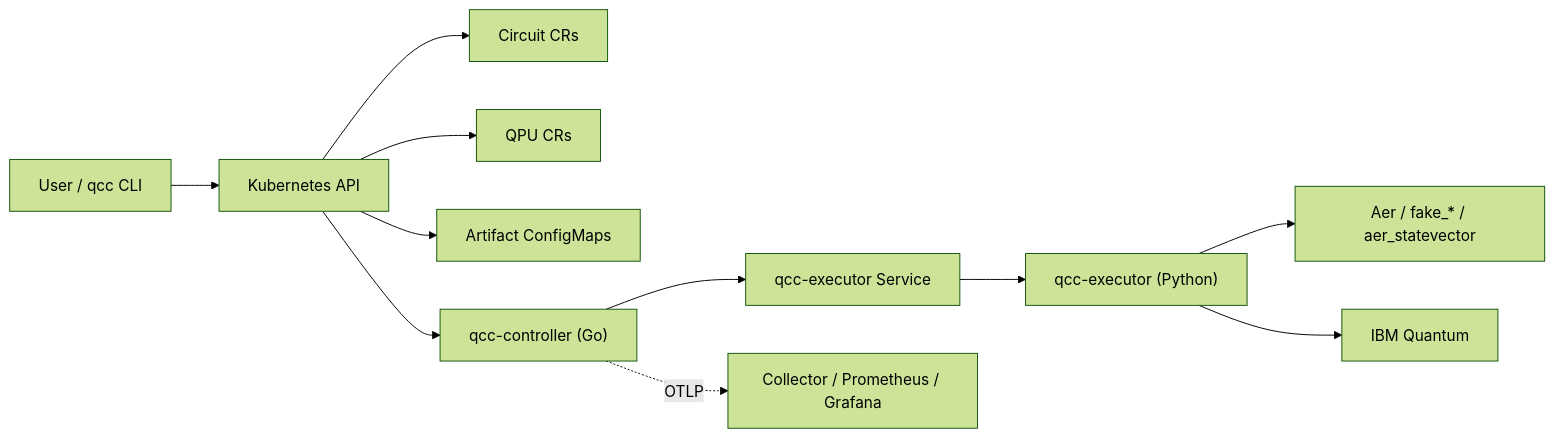
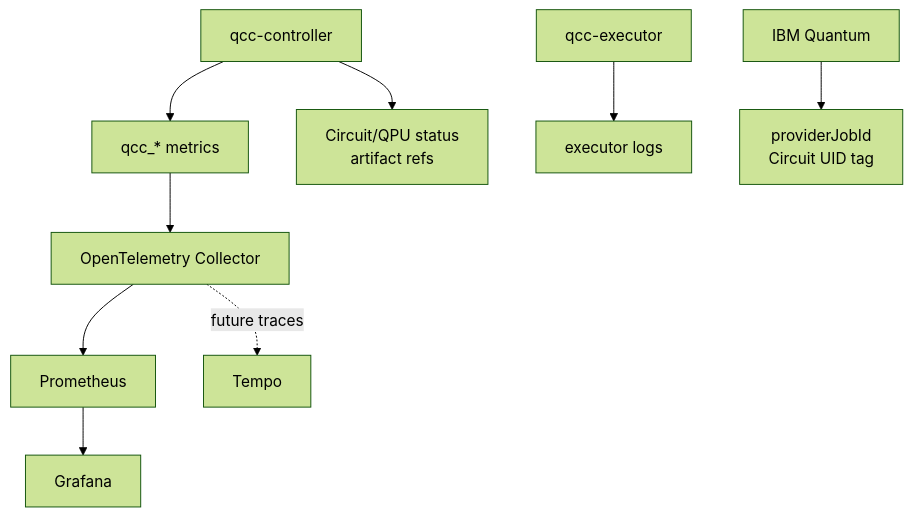
Before and after one commit to ioaiaaii/quantum-circuit-controller: the third of 8 diagrams in docs_revisited/architecture.md, drawn with Mermaid (forest theme). The commit also changed other lines of this file and 13 other files, not shown here.

````diff
--- a/docs_revisited/architecture.md
+++ b/docs_revisited/architecture.md
@@ -81,13 +43,12 @@
 ```mermaid
-flowchart LR
-    User["User / qcc CLI"] --> API["Kubernetes API"]
-    API --> Circuit["Circuit CRs"]
-    API --> QPU["QPU CRs"]
-    API --> Artifact["Artifact ConfigMaps"]
-    API --> Controller["qcc-controller (Go)"]
-    Controller --> ExecSvc["qcc-executor Service"]
-    ExecSvc --> Executor["qcc-executor (Python)"]
-    Executor --> Local["Aer / fake_* / aer_statevector"]
-    Executor --> IBM["IBM Quantum"]
-    Controller -. OTLP .-> Obs["Collector / Prometheus / Grafana"]
+flowchart TB
+    Controller["qcc-controller"] --> Metrics["qcc_* metrics"]
+    Metrics --> OTel["OpenTelemetry Collector"]
+    OTel --> Prom["Prometheus"]
+    Prom --> Graf["Grafana"]
+    OTel -. future traces .-> Tempo["Tempo"]
+
+    Controller --> Status["Circuit/QPU status<br/>artifact refs"]
+    Executor["qcc-executor"] --> Logs["executor logs"]
+    IBM["IBM Quantum"] --> Link["providerJobId<br/>Circuit UID tag"]
 ```
````
